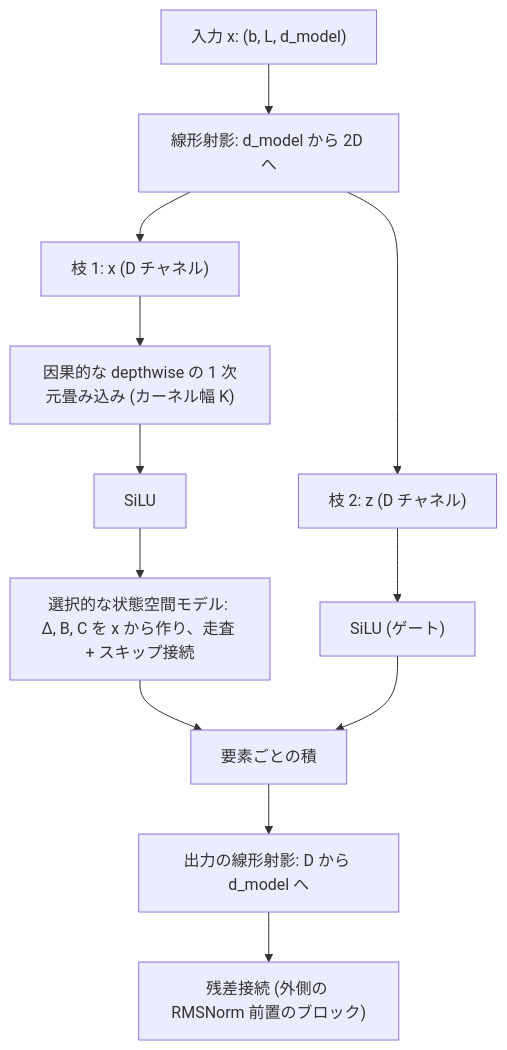
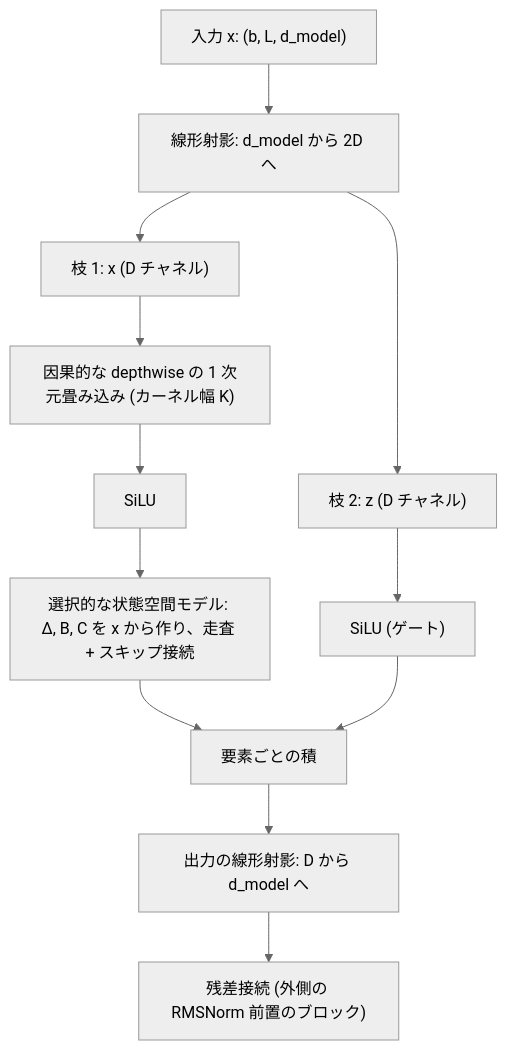
One commit to kojikojiprg/ai-theories-publish changed the diagram in books/ai-theories-roadmap/023_state_space_model_mamba-theory.md. Above: the diagram before and after it, drawn with Mermaid. The commit also changed 24 other files, not shown here.

Commit message:
books: 既存の章の Mermaid ブロックの先頭に neutral テーマの指示を足す(46 ブロック)

````diff
--- a/books/ai-theories-roadmap/023_state_space_model_mamba-theory.md
+++ b/books/ai-theories-roadmap/023_state_space_model_mamba-theory.md
@@ -162,14 +162,15 @@
 ```mermaid
+%%{init: {'theme': 'neutral'}}%%
 flowchart TD
     X["入力 x: (b, L, d_model)"] --> P["線形射影: d_model から 2D へ"]
     P --> XB["枝 1: x (D チャネル)"]
     P --> ZB["枝 2: z (D チャネル)"]
     XB --> CV["因果的な depthwise の 1 次元畳み込み (カーネル幅 K)"]
     CV --> S1["SiLU"]
     S1 --> SSM["選択的な状態空間モデル: Δ, B, C を x から作り、走査 + スキップ接続"]
     ZB --> S2["SiLU (ゲート)"]
     SSM --> M["要素ごとの積"]
     S2 --> M
     M --> O["出力の線形射影: D から d_model へ"]
     O --> R["残差接続 (外側の RMSNorm 前置のブロック)"]
 ```
````
